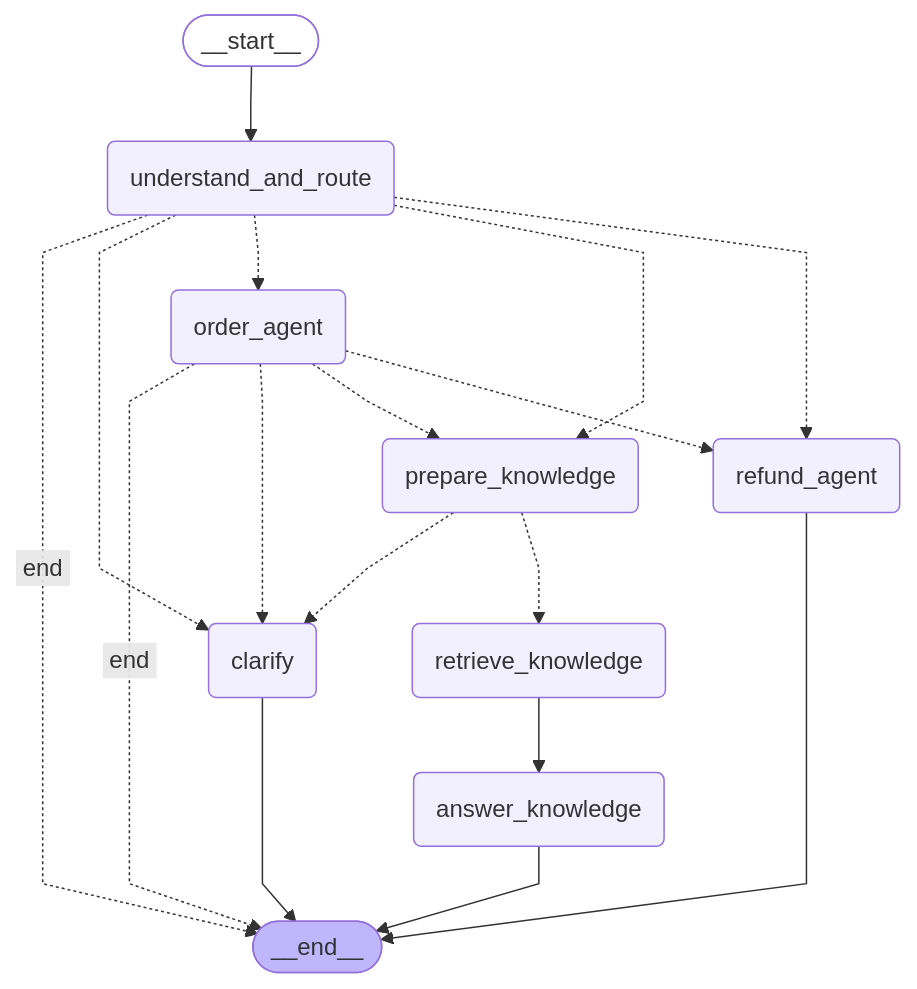
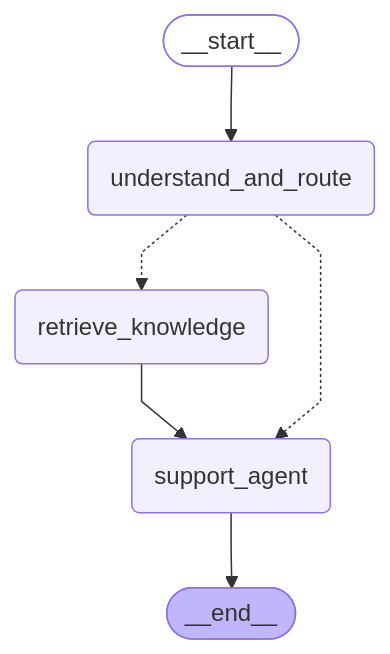
The diagram in docs/support-graph.md (uowpoob/supportflow), drawn with Mermaid before and after one commit. The commit also changed other lines of this file and 57 other files, not shown here.

````diff
--- a/docs/support-graph.md
+++ b/docs/support-graph.md
@@ -9,37 +9,22 @@
 ```mermaid
 ---
 config:
   flowchart:
     curve: linear
 ---
 graph TD;
 	__start__([<p>__start__</p>]):::first
 	understand_and_route(understand_and_route)
-	order_agent(order_agent)
-	refund_agent(refund_agent)
-	prepare_knowledge(prepare_knowledge)
 	retrieve_knowledge(retrieve_knowledge)
-	answer_knowledge(answer_knowledge)
-	clarify(clarify)
+	support_agent(support_agent)
 	__end__([<p>__end__</p>]):::last
 	__start__ --> understand_and_route;
-	order_agent -. &nbsp;end&nbsp; .-> __end__;
-	order_agent -.-> clarify;
-	order_agent -.-> prepare_knowledge;
-	order_agent -.-> refund_agent;
-	prepare_knowledge -.-> clarify;
-	prepare_knowledge -.-> retrieve_knowledge;
-	retrieve_knowledge --> answer_knowledge;
-	understand_and_route -. &nbsp;end&nbsp; .-> __end__;
-	understand_and_route -.-> clarify;
-	understand_and_route -.-> order_agent;
-	understand_and_route -.-> prepare_knowledge;
-	understand_and_route -.-> refund_agent;
-	answer_knowledge --> __end__;
-	clarify --> __end__;
-	refund_agent --> __end__;
+	retrieve_knowledge --> support_agent;
+	understand_and_route -.-> retrieve_knowledge;
+	understand_and_route -.-> support_agent;
+	support_agent --> __end__;
 	classDef default fill:#f2f0ff,line-height:1.2
 	classDef first fill-opacity:0
 	classDef last fill:#bfb6fc
 
 ```
````
